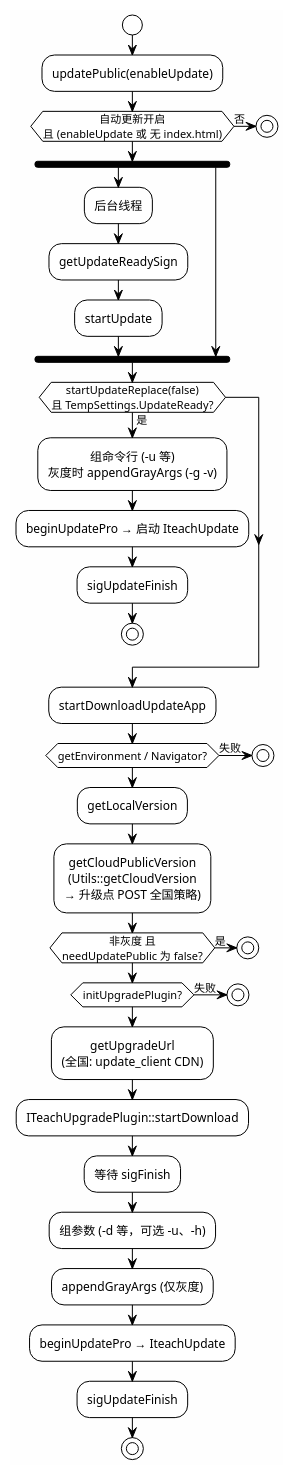
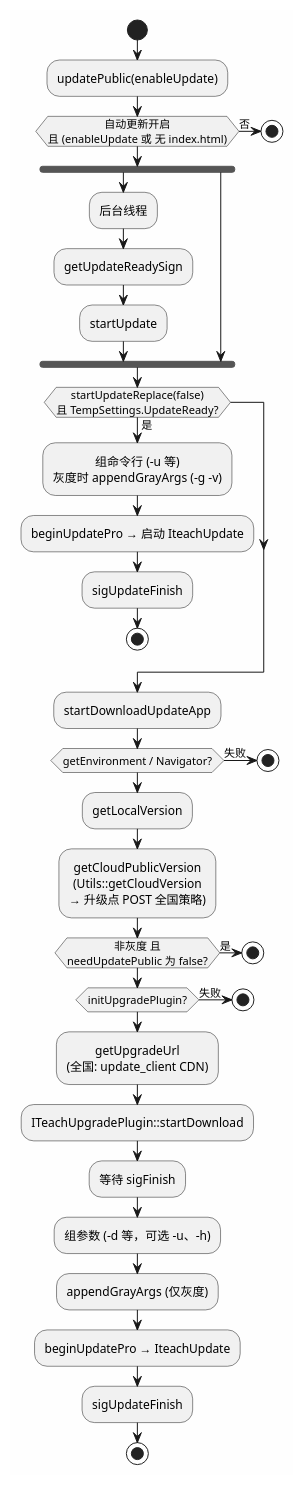
The diagram in README.md (lizhaojie001/1111), drawn with PlantUML before and after one commit.

```diff
--- a/README.md
+++ b/README.md
@@ -1,59 +1,58 @@
 @startuml
-!theme plain
 skinparam backgroundColor #FEFEFE
 skinparam defaultTextAlignment center
 
 start
 
 :updatePublic(enableUpdate);
 
 if (自动更新开启\n且 (enableUpdate 或 无 index.html)) then (否)
   stop
 endif
 
 fork
   :后台线程;
   :getUpdateReadySign;
   :startUpdate;
 fork again
 end fork
 
 if (startUpdateReplace(false)\n且 TempSettings.UpdateReady?) then (是)
   :组命令行 (-u 等)\n灰度时 appendGrayArgs (-g -v);
   :beginUpdatePro → 启动 IteachUpdate;
   :sigUpdateFinish;
   stop
 endif
 
 :startDownloadUpdateApp;
 
 if (getEnvironment / Navigator?) then (失败)
   stop
 endif
 
 :getLocalVersion;
 :getCloudPublicVersion\n(Utils::getCloudVersion\n→ 升级点 POST 全国策略);
 
 if (非灰度 且\nneedUpdatePublic 为 false?) then (是)
   stop
 endif
 
 if (initUpgradePlugin?) then (失败)
   stop
 endif
 
 :getUpgradeUrl\n(全国: update_client CDN);
 
 :ITeachUpgradePlugin::startDownload;
 
 :等待 sigFinish;
 
 :组参数 (-d 等，可选 -u、-h);
 :appendGrayArgs (仅灰度);
 
 :beginUpdatePro → IteachUpdate;
 
 :sigUpdateFinish;
 
 stop
 @enduml
```
